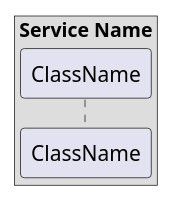
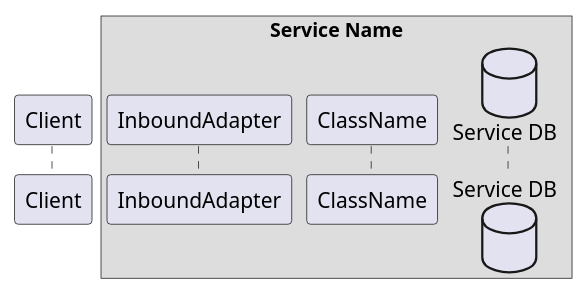
Before and after one commit to eventuate-examples/eventuate-examples-realguardio: the diagram in docs/guides/prompts/guide-template.md, drawn with PlantUML. The commit also changed other lines of this file and 15 other files, not shown here.

````diff
--- a/docs/guides/prompts/guide-template.md
+++ b/docs/guides/prompts/guide-template.md
@@ -112,6 +117,9 @@
 ```plantuml
+participant "Client" as C
+
 box "Service Name"
+  participant "InboundAdapter" as IA
   participant "ClassName" as alias
-  participant "ClassName" as alias
+  database "Service DB" as DB
 end box
 ```
````
